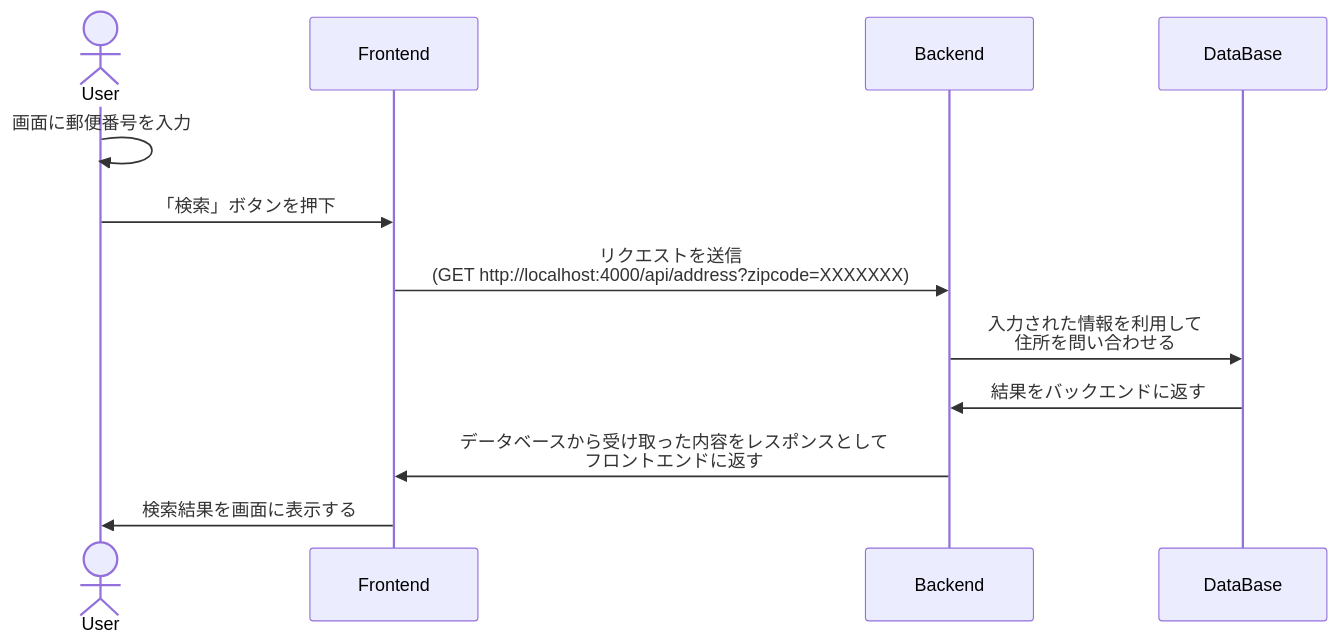
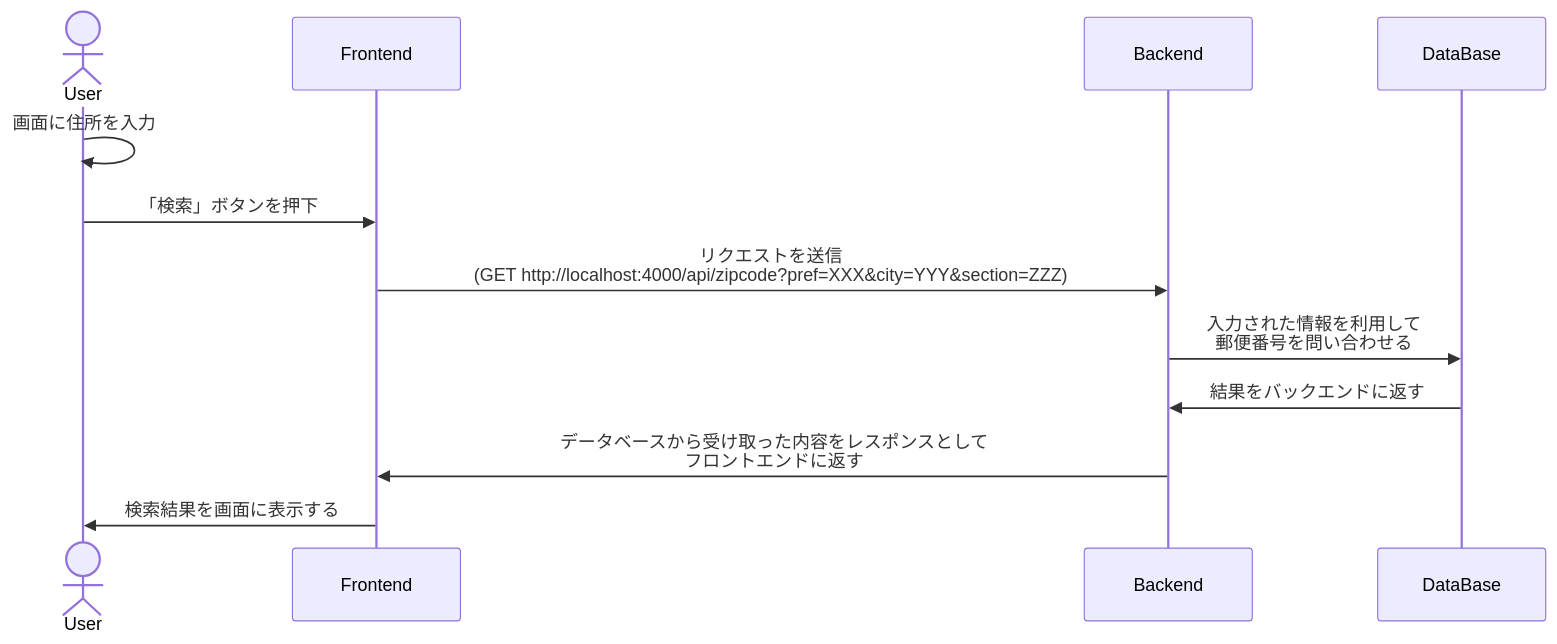
Before and after one commit to naruto1231/system-challenges: the third of 3 diagrams in qst-0202/qst-0202-b.md, drawn with Mermaid. The commit also changed other lines of this file and 3 other files, not shown here.

````diff
--- a/qst-0202/qst-0202-b.md
+++ b/qst-0202/qst-0202-b.md
@@ -130,15 +121,15 @@
 ```Mermaid
 sequenceDiagram
     actor User
     participant Frontend
     participant Backend
     participant DataBase
 
-    User ->> User: 画面に郵便番号を入力
+    User ->> User: 画面に住所を入力
     User ->> Frontend: 「検索」ボタンを押下
-    Frontend ->> Backend: リクエストを送信<br>(GET http://localhost:4000/api/address?zipcode=XXXXXXX)
-    Backend ->> DataBase: 入力された情報を利用して<br>住所を問い合わせる
+    Frontend ->> Backend: リクエストを送信<br>(GET http://localhost:4000/api/zipcode?pref=XXX#amp;city=YYY#amp;section=ZZZ)
+    Backend ->> DataBase: 入力された情報を利用して<br>郵便番号を問い合わせる
     DataBase ->> Backend: 結果をバックエンドに返す
     Backend ->> Frontend: データベースから受け取った内容をレスポンスとして<br>フロントエンドに返す
     Frontend ->> User: 検索結果を画面に表示する
 ```
````
